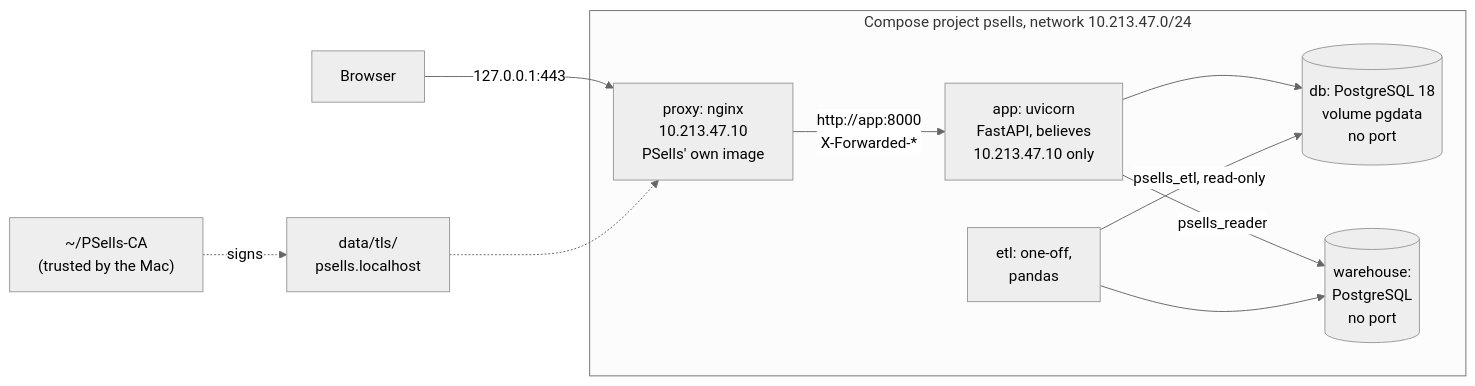
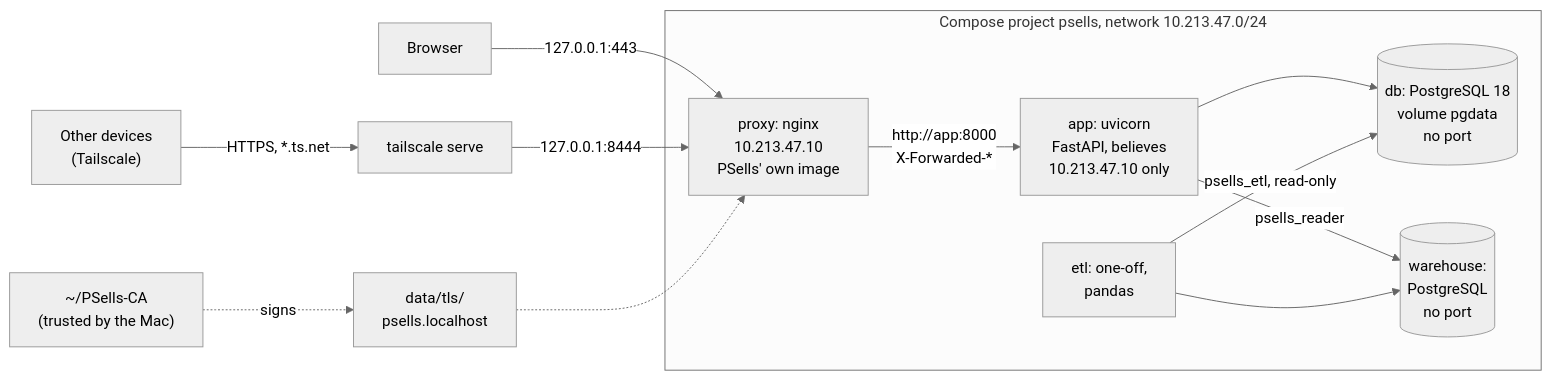
Before and after one commit to pierremakhlouta/psells: the third of 8 diagrams in ARCHITECTURE.md, drawn with Mermaid (neutral theme). The commit also changed other lines of this file and 7 other files, not shown here.

````diff
--- a/ARCHITECTURE.md
+++ b/ARCHITECTURE.md
@@ -90,13 +90,15 @@
 ```mermaid
 flowchart LR
     browser["Browser"] -->|"127.0.0.1:443"| nginx
+    devices["Other devices<br/>(Tailscale)"] -->|"HTTPS, *.ts.net"| serve["tailscale serve"]
+    serve -->|"127.0.0.1:8444"| nginx
     subgraph compose["Compose project psells, network 10.213.47.0/24"]
         nginx["proxy: nginx<br/>10.213.47.10<br/>PSells' own image"] -->|"http://app:8000<br/>X-Forwarded-*"| app["app: uvicorn<br/>FastAPI, believes<br/>10.213.47.10 only"]
         app --> db[("db: PostgreSQL 18<br/>volume pgdata<br/>no port")]
         app -->|"psells_reader"| warehouse[("warehouse:<br/>PostgreSQL<br/>no port")]
         etl["etl: one-off,<br/>pandas"] -->|"psells_etl, read-only"| db
         etl --> warehouse
     end
     ca["~/PSells-CA<br/>(trusted by the Mac)"] -.->|"signs"| cert["data/tls/<br/>psells.localhost"]
     cert -.-> nginx
 ```
````
